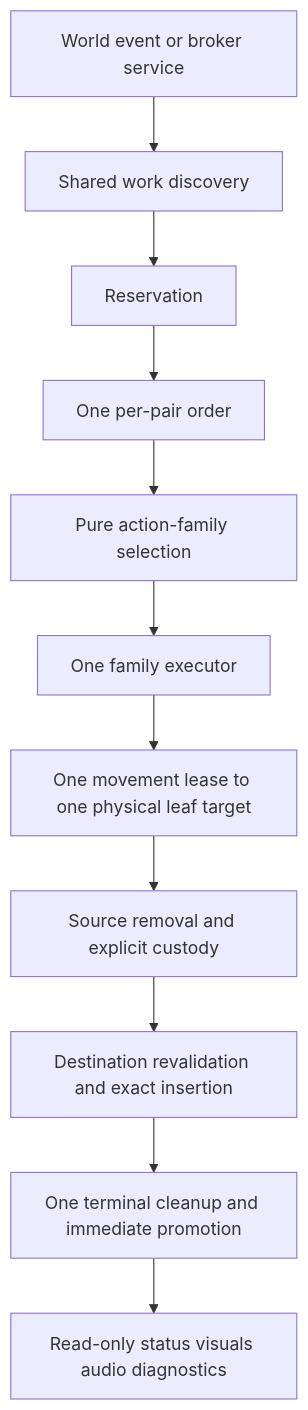
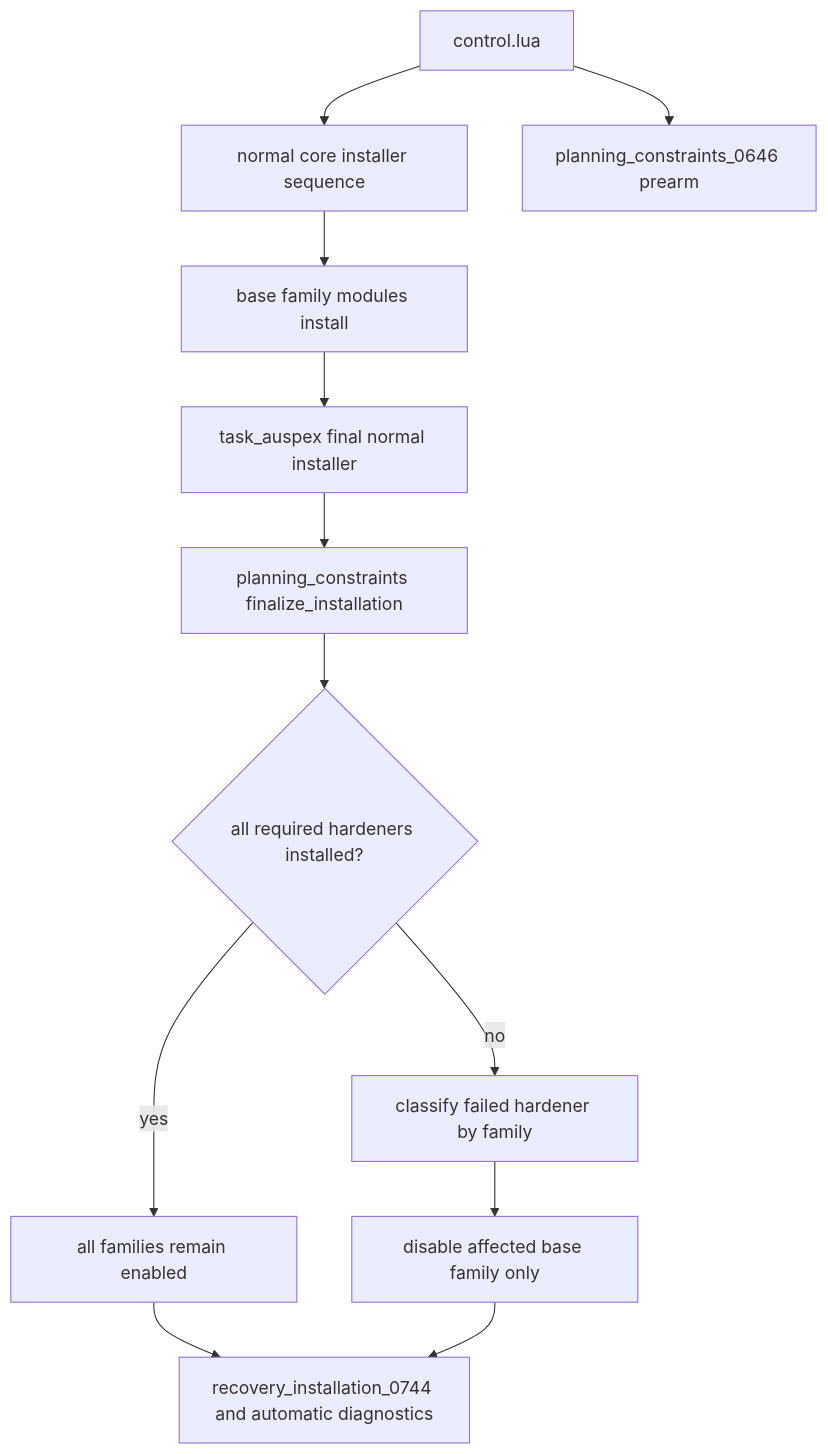
Before and after one commit to mrcalzon02/Tech-Priests: the third of 14 diagrams in docs/RECOVERY_AUTHORITY_MAP_CURRENT.md, drawn with Mermaid. The commit also changed other lines of this file, not shown here.

````diff
--- a/docs/RECOVERY_AUTHORITY_MAP_CURRENT.md
+++ b/docs/RECOVERY_AUTHORITY_MAP_CURRENT.md
@@ -61,16 +60,19 @@
 ```mermaid
 flowchart TD
-    Event[World event or broker service]
-    Discovery[Shared work discovery]
-    Reservation[Reservation]
-    Order[One per-pair order]
-    Select[Pure action-family selection]
-    Execute[One family executor]
-    Move[One movement lease to one physical leaf target]
-    Custody[Source removal and explicit custody]
-    Deposit[Destination revalidation and exact insertion]
-    Terminal[One terminal cleanup and immediate promotion]
-    Observe[Read-only status visuals audio diagnostics]
+    Control[control.lua]
+    Core[normal core installer sequence]
+    Prearm[planning_constraints_0646 prearm]
+    Base[base family modules install]
+    FinalHook[task_auspex final normal installer]
+    Finalize[planning_constraints finalize_installation]
+    Complete{all required hardeners installed?}
+    Enabled[all families remain enabled]
+    Degraded[classify failed hardener by family]
+    Disable[disable affected base family only]
+    Ledger[recovery_installation_0744 and automatic diagnostics]
 
-    Event --> Discovery --> Reservation --> Order --> Select --> Execute --> Move --> Custody --> Deposit --> Terminal --> Observe
+    Control --> Prearm
+    Control --> Core --> Base --> FinalHook --> Finalize --> Complete
+    Complete -- yes --> Enabled --> Ledger
+    Complete -- no --> Degraded --> Disable --> Ledger
 ```
````
